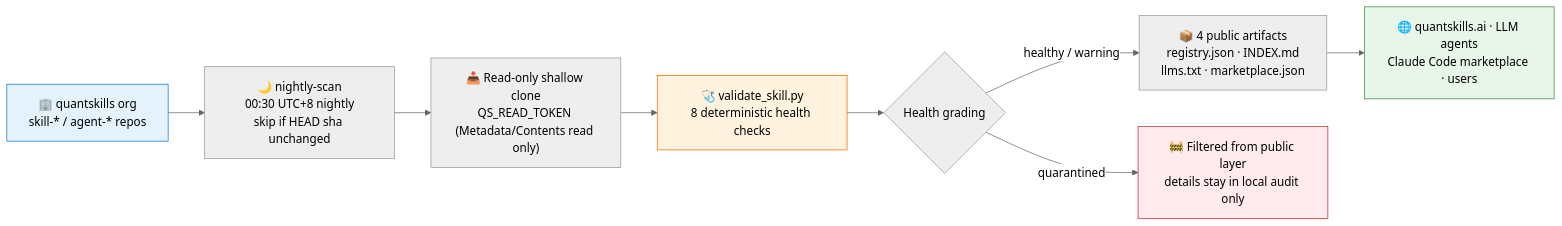
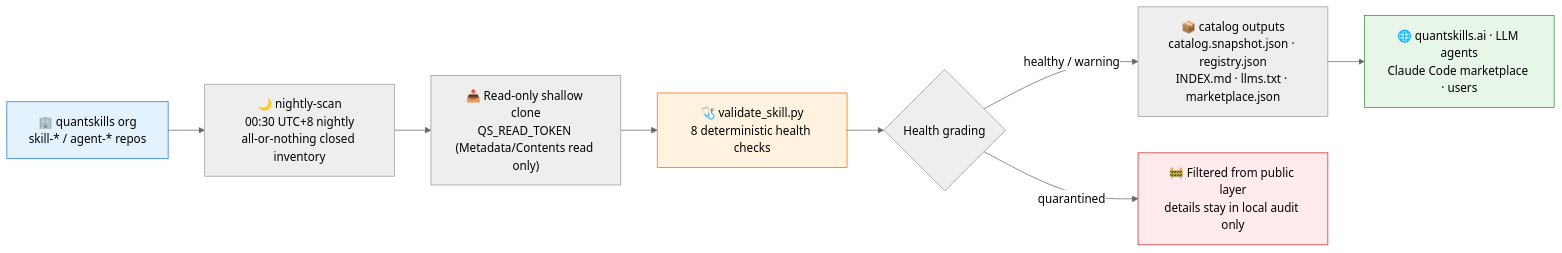
The diagram in README.en.md (quantskills/registry), drawn with Mermaid (neutral theme) before and after one commit. The commit also changed other lines of this file and 37 other files, not shown here.

First line of the commit message:
feat(registry): establish catalog contract v2 foundation

````diff
--- a/README.en.md
+++ b/README.en.md
@@ -36,15 +36,15 @@
 ```mermaid
 flowchart LR
-    A["🏢 quantskills org<br/>skill-* / agent-* repos"] --> B["🌙 nightly-scan<br/>00:30 UTC+8 nightly<br/>skip if HEAD sha unchanged"]
+    A["🏢 quantskills org<br/>skill-* / agent-* repos"] --> B["🌙 nightly-scan<br/>00:30 UTC+8 nightly<br/>all-or-nothing closed inventory"]
     B --> C["📥 Read-only shallow clone<br/>QS_READ_TOKEN (Metadata/Contents read only)"]
     C --> D["🩺 validate_skill.py<br/>8 deterministic health checks"]
     D --> E{"Health grading"}
-    E -->|"healthy / warning"| F["📦 4 public artifacts<br/>registry.json · INDEX.md<br/>llms.txt · marketplace.json"]
+    E -->|"healthy / warning"| F["📦 catalog outputs<br/>catalog.snapshot.json · registry.json<br/>INDEX.md · llms.txt · marketplace.json"]
     E -->|"quarantined"| G["🚧 Filtered from public layer<br/>details stay in local audit only"]
     F --> H["🌐 quantskills.ai · LLM agents<br/>Claude Code marketplace · users"]
 
     style A fill:#e3f2fd,stroke:#1976d2
     style D fill:#fff3e0,stroke:#ef6c00
     style G fill:#ffebee,stroke:#c62828
     style H fill:#e8f5e9,stroke:#388e3c
 ```
````
